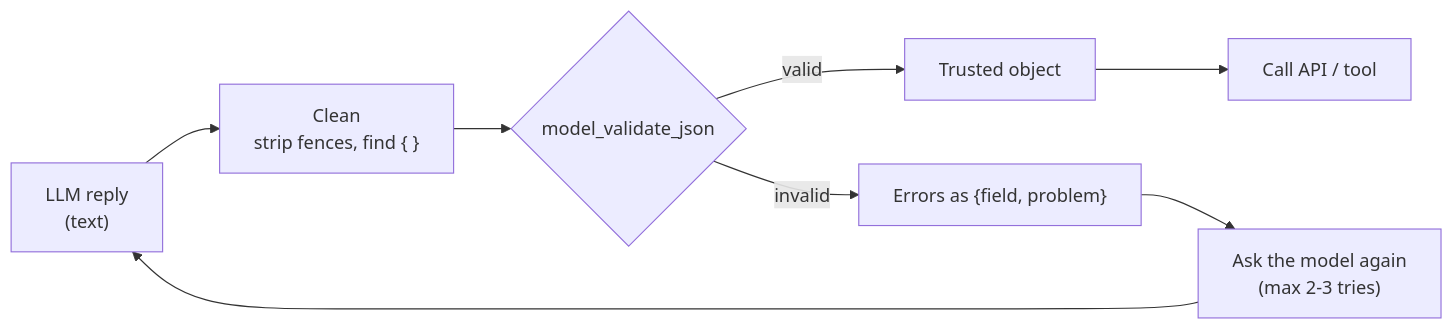
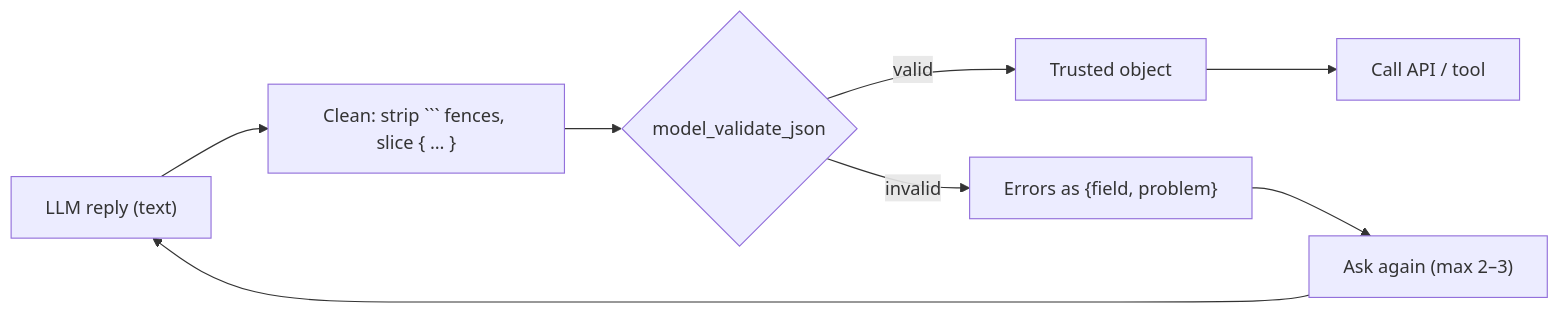
The diagram in books/pydantic/05-validating-llm-output.md (kiaanwankhede/MyNotes), drawn with Mermaid before and after one commit. The commit also changed other lines of this file and 1 other file, not shown here.

````diff
--- a/books/pydantic/05-validating-llm-output.md
+++ b/books/pydantic/05-validating-llm-output.md
@@ -33,8 +15,7 @@
 ```mermaid
 flowchart LR
-    L["LLM reply<br/>(text)"] --> C["Clean<br/>strip fences, find { }"]
+    L["LLM reply (text)"] --> C["Clean: strip ``` fences, slice { … }"]
     C --> V{"model_validate_json"}
     V -- valid --> T["Trusted object"] --> A["Call API / tool"]
-    V -- invalid --> R["Errors as {field, problem}"] --> L2["Ask the model again<br/>(max 2-3 tries)"]
-    L2 --> L
+    V -- invalid --> R["Errors as {field, problem}"] --> L2["Ask again (max 2–3)"] --> L
 ```
````
